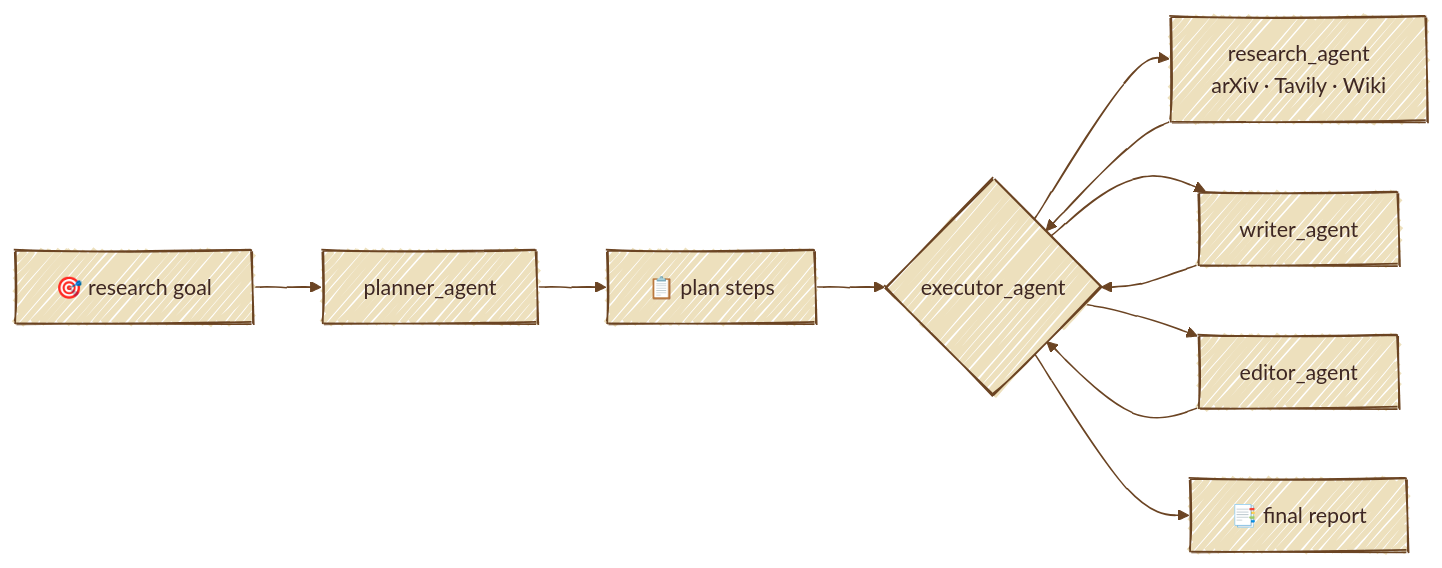
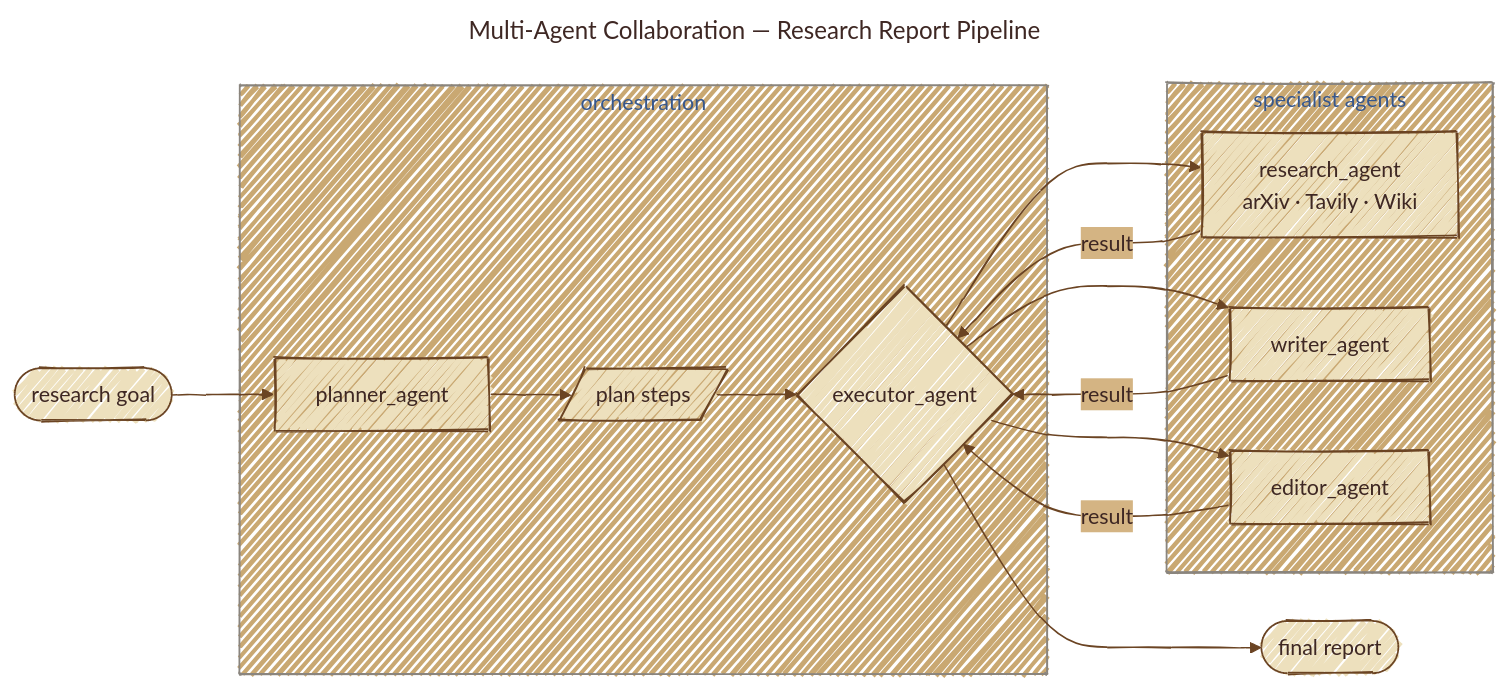
The seventh of 29 diagrams in README.md (gtesei/agentic_design_patterns), drawn with Mermaid before and after one commit. The commit also changed other lines of this file, not shown here.

Commit message:
docs(1_prompt_chain): add Mermaid diagram of the spec→JSON chain

````diff
--- a/README.md
+++ b/README.md
@@ -449,20 +499,27 @@
 ```mermaid
+---
+title: Multi-Agent Collaboration — Research Report Pipeline
+---
 %%{init: {'look':'handDrawn','theme':'base','themeVariables':{'background':'#f5ecd9','primaryColor':'#ede0bd','primaryBorderColor':'#6b4423','primaryTextColor':'#3e2723','lineColor':'#6b4423','secondaryColor':'#d4b483','tertiaryColor':'#c9a872','fontFamily':'Caveat, Patrick Hand, cursive'}}}%%
 flowchart LR
-    Goal["🎯 research goal"]
-    Pl[planner_agent]
-    Plan["📋 plan steps"]
-    Ex{executor_agent}
-    R["research_agent<br/>arXiv · Tavily · Wiki"]
-    W[writer_agent]
-    Ed[editor_agent]
-    Out["📑 final report"]
-    Goal --> Pl --> Plan --> Ex
-    Ex --> R
-    Ex --> W
-    Ex --> Ed
-    R --> Ex
-    W --> Ex
-    Ed --> Ex
+    Goal([research goal])
+    Out([final report])
+
+    subgraph orchestration ["orchestration"]
+        Pl[planner_agent]
+        Plan[/plan steps/]
+        Ex{executor_agent}
+        Pl --> Plan --> Ex
+    end
+
+    subgraph specialists ["specialist agents"]
+        R["research_agent<br/>arXiv · Tavily · Wiki"]
+        W[writer_agent]
+        Ed[editor_agent]
+    end
+
+    Goal --> Pl
+    Ex --> R & W & Ed
+    R & W & Ed -- "result" --> Ex
     Ex --> Out
 ```
````
